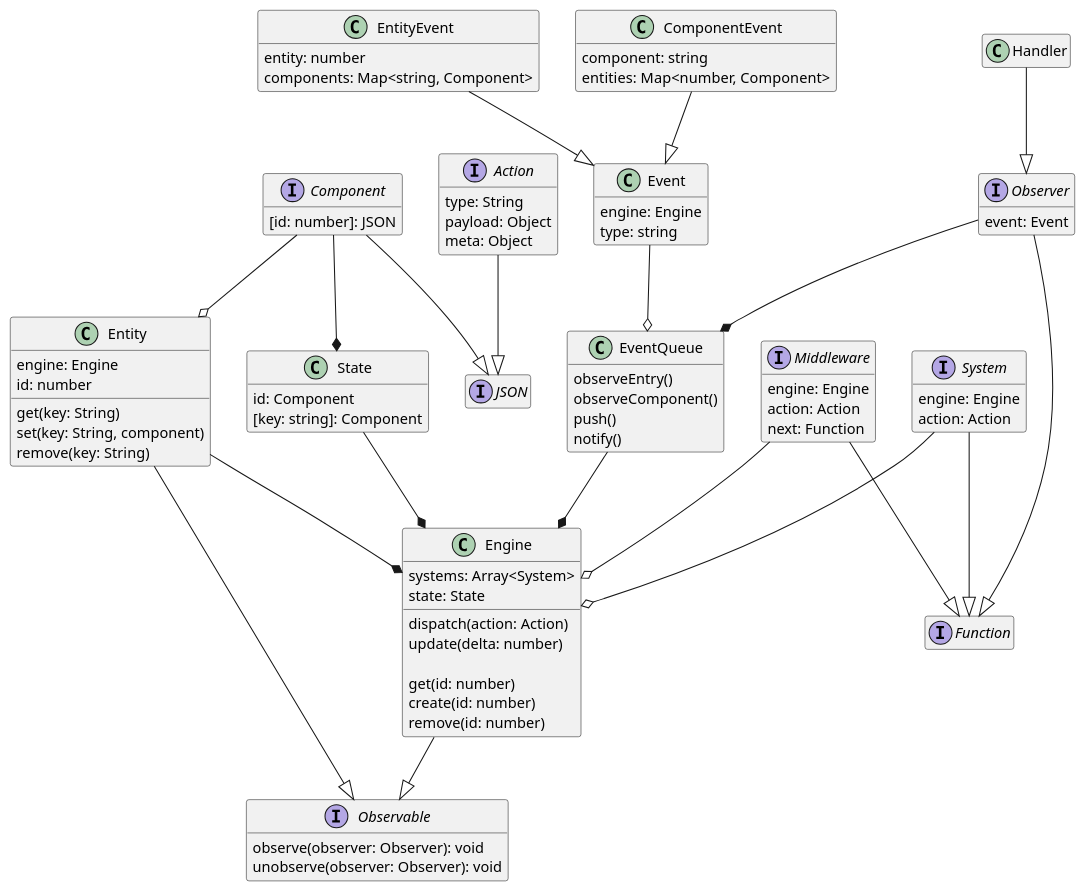
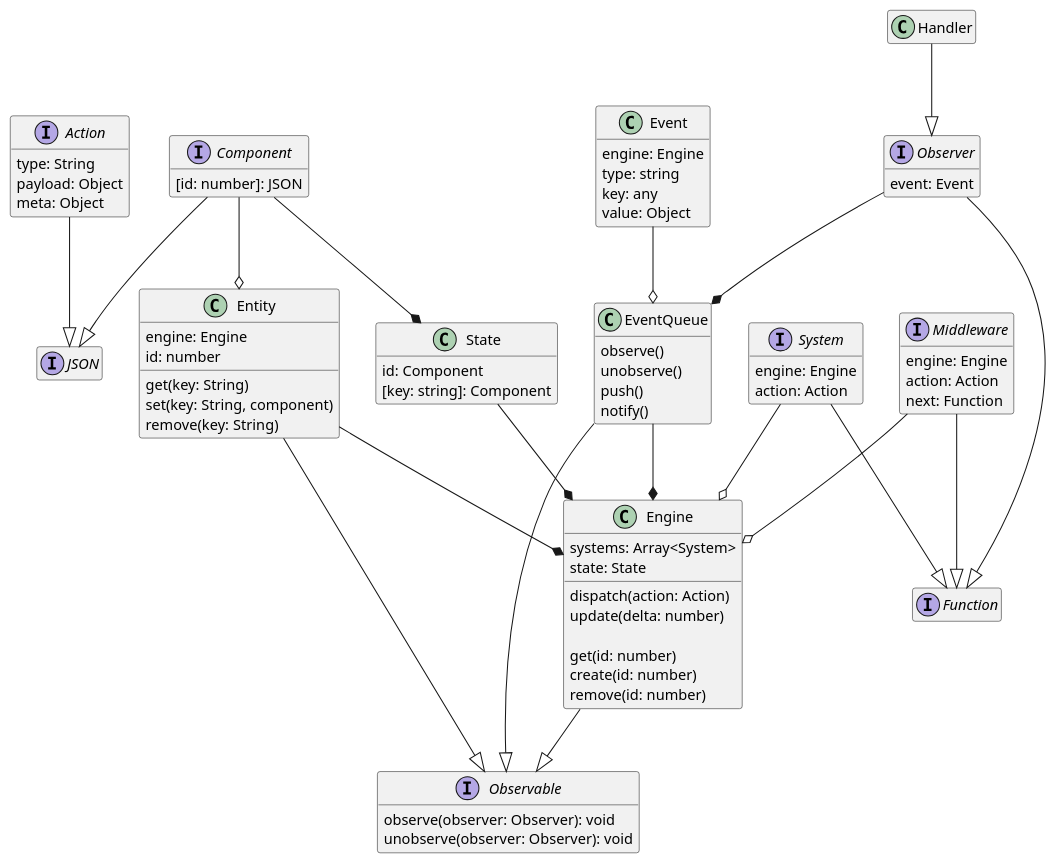
The diagram in doc/class.puml (yoo2001818/ecsalator), drawn with PlantUML before and after one commit. The commit also changed 5 other files, not shown here.

```diff
--- a/doc/class.puml
+++ b/doc/class.puml
@@ -1,120 +1,110 @@
 @startuml
 
 hide empty fields
 hide empty methods
 
 class Event {
   engine: Engine
   type: string
+  key: any
+  value: Object
 }
-
-class ComponentEvent {
-  component: string
-  entities: Map<number, Component>
-}
-
-class EntityEvent {
-  entity: number
-  components: Map<string, Component>
-}
-
-ComponentEvent --|> Event
-EntityEvent --|> Event
 
 interface Observable {
   observe(observer: Observer): void
   unobserve(observer: Observer): void
 }
 
 interface Action {
   type: String
   payload: Object
   meta: Object
 }
 interface Component {
   [id: number]: JSON
 }
 interface JSON
 
 Action --|> JSON
 Component --|> JSON
 
 Component --* State
 
 interface Middleware {
   engine: Engine
   action: Action
   next: Function
 }
 interface System {
   ' Systems should be able to set up events, etc. However I don't suppose
   ' That's system's job.
   engine: Engine
   action: Action
 }
 interface Observer {
   event: Event
 }
 interface Function
 
 Middleware --|> Function
 System --|> Function
 Observer --|> Function
 
 class Handler {
 }
 
 Handler --|> Observer
 
 class State {
   id: Component
   [key: string]: Component
 }
 
 class Engine {
   ' EventListener add / delete
   ' System add and delete should be done at initalization time
   ' Middleware too
   ' Component too, since Components are managed by the engine.
   systems: Array<System>
   state: State
 
   dispatch(action: Action)
   update(delta: number)
 
   get(id: number)
   create(id: number)
   remove(id: number)
 }
 
 Middleware --o Engine
 System --o Engine
 Engine --|> Observable
 State --* Engine
 
 class Entity {
   engine: Engine
   id: number
   get(key: String)
   set(key: String, component)
   remove(key: String)
 }
 
 Component --o Entity
 Entity --* Engine
 Entity --|> Observable
 
 class EventQueue {
-  observeEntry()
-  observeComponent()
+  observe()
+  unobserve()
   push()
   notify()
 }
 
+EventQueue --|> Observable
 EventQueue --* Engine
 Observer --* EventQueue
 Event --o EventQueue
 
 
 
 @enduml
```
